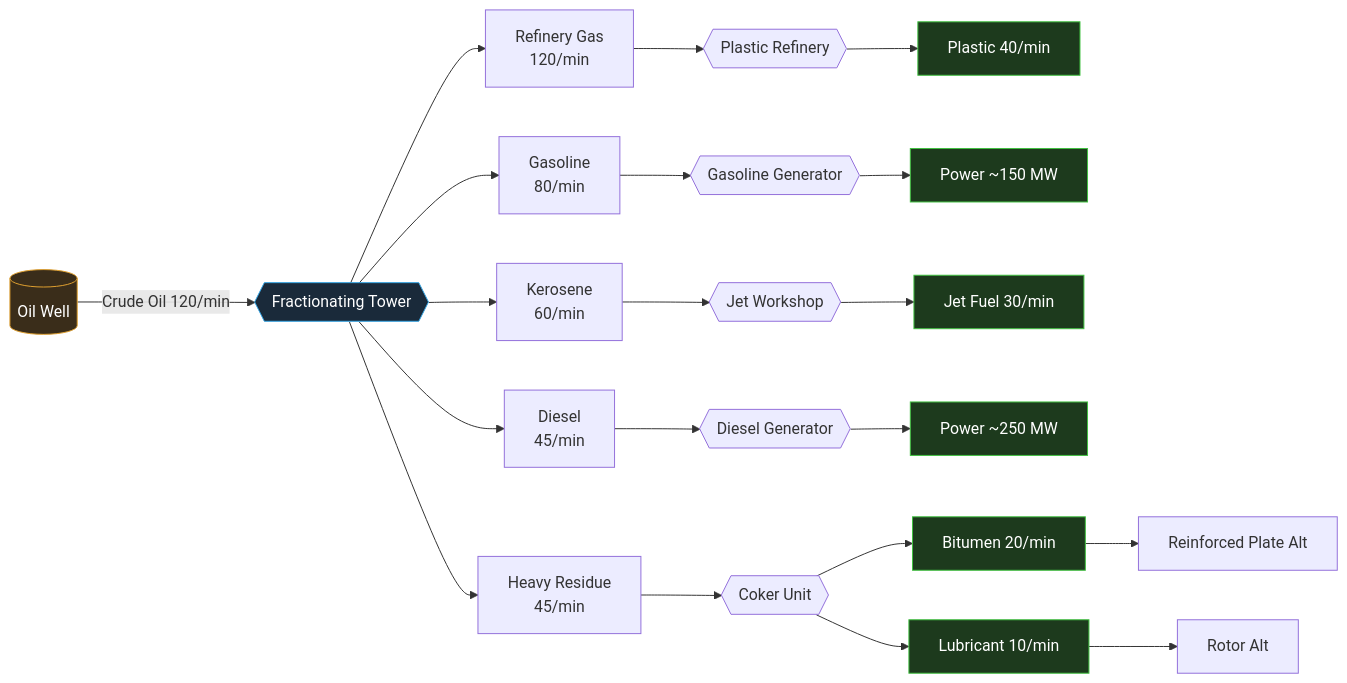
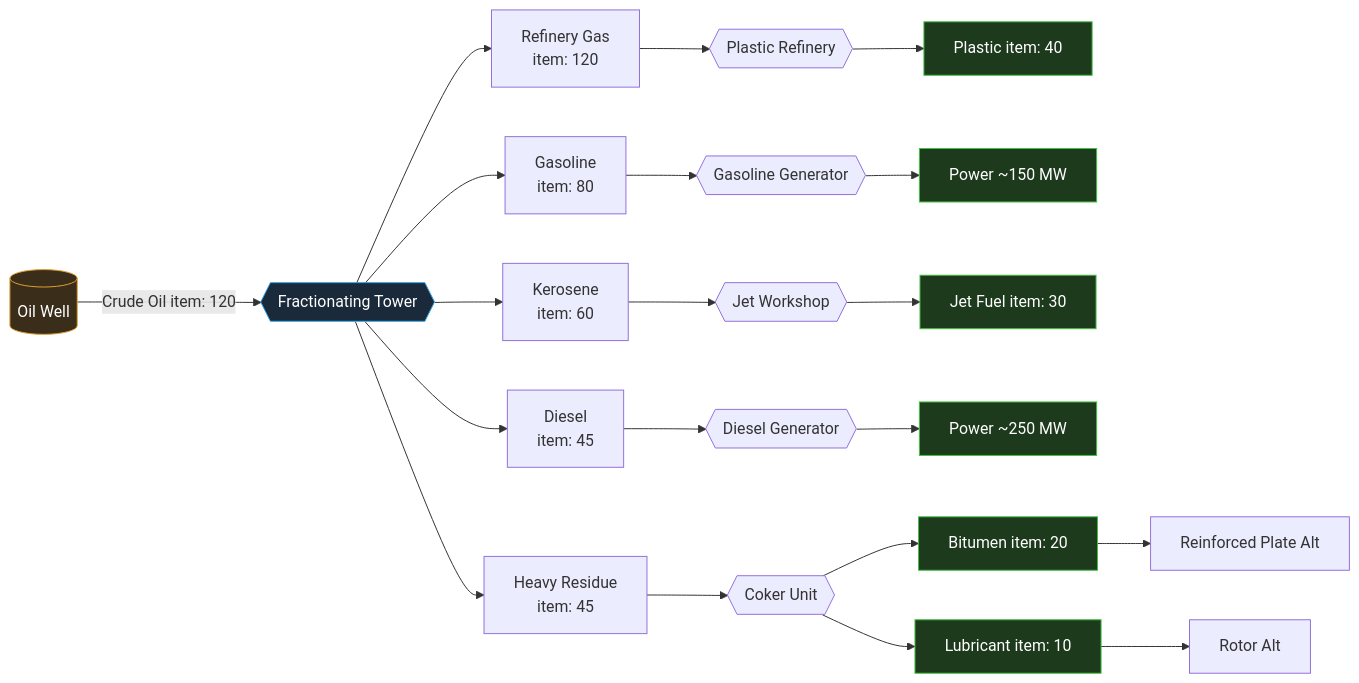
One commit to MelancholyRadiance/RazFractionalDistillation changed the first of 2 diagrams in Docs_RazFractionalDistillation/Recipes/Recipe-Tree.md. Above: the diagram before and after it, drawn with Mermaid. The commit also changed other lines of this file and 1 other file, not shown here.

Commit message:
change over to absolute value rather than rate

````diff
--- a/Docs_RazFractionalDistillation/Recipes/Recipe-Tree.md
+++ b/Docs_RazFractionalDistillation/Recipes/Recipe-Tree.md
@@ -20,31 +20,31 @@
 ```mermaid
 flowchart LR
     %% --- Raw input ---
-    WELL[(Oil Well)] -->|Crude Oil 120/min| FT{{Fractionating Tower}}
+    WELL[(Oil Well)] -->|Crude Oil item: 120| FT{{Fractionating Tower}}
 
     %% --- Primary fractions, top of tower to bottom ---
-    FT --> RG[Refinery Gas<br/>120/min]
-    FT --> GAS[Gasoline<br/>80/min]
-    FT --> KER[Kerosene<br/>60/min]
-    FT --> DSL[Diesel<br/>45/min]
-    FT --> RES[Heavy Residue<br/>45/min]
+    FT --> RG[Refinery Gas<br/>item: 120]
+    FT --> GAS[Gasoline<br/>item: 80]
+    FT --> KER[Kerosene<br/>item: 60]
+    FT --> DSL[Diesel<br/>item: 45]
+    FT --> RES[Heavy Residue<br/>item: 45]
 
     %% --- Downstream chains ---
-    RG --> PREF{{Plastic Refinery}} --> PLAS[Plastic 40/min]
+    RG --> PREF{{Plastic Refinery}} --> PLAS[Plastic item: 40]
     GAS --> GGEN{{Gasoline Generator}} --> PWR1[Power ~150 MW]
-    KER --> JET{{Jet Workshop}} --> JFUEL[Jet Fuel 30/min]
+    KER --> JET{{Jet Workshop}} --> JFUEL[Jet Fuel item: 30]
     DSL --> DGEN{{Diesel Generator}} --> PWR2[Power ~250 MW]
     RES --> COKE{{Coker Unit}}
-    COKE --> BIT[Bitumen 20/min]
-    COKE --> LUBE[Lubricant 10/min]
+    COKE --> BIT[Bitumen item: 20]
+    COKE --> LUBE[Lubricant item: 10]
 
 	%% --- Helpful products ---
 	LUBE --> ROTORS[Rotor Alt]
 	BIT --> BONDEDPLATE[Reinforced Plate Alt]
 
     %% --- Styling ---
     style WELL fill:#3a2d1a,stroke:#e0a030,color:#fff
     style FT fill:#1a2a3a,stroke:#30a0e0,color:#fff
     classDef product fill:#1d3a1d,stroke:#40c040,color:#fff;
     class PLAS,JFUEL,BIT,LUBE,PWR1,PWR2 product;
 ```
````
